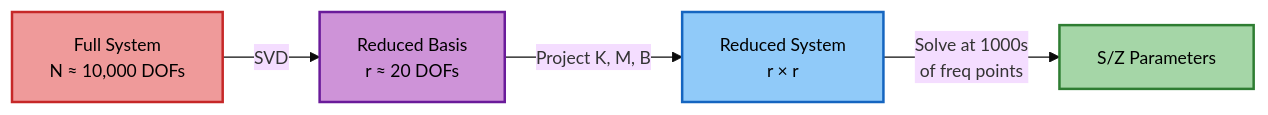
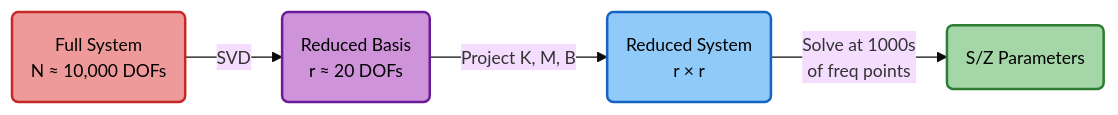
One commit to Dark-Elektron/cavsim3d changed the first of 3 diagrams in docs/theory.md. Above: the diagram before and after it, drawn with Mermaid. The commit also changed other lines of this file and 1 other file, not shown here.

````diff
--- a/docs/theory.md
+++ b/docs/theory.md
@@ -287,11 +287,11 @@
 ```mermaid
 %%{init: {'theme': 'base', 'themeVariables': {'fontSize': '14px'}}}%%
 graph LR
-    A["Full System<br/>N ≈ 10,000 DOFs"]:::full -->|"SVD"| B["Reduced Basis<br/>r ≈ 20 DOFs"]:::basis
-    B -->|"Project K, M, B"| C["Reduced System<br/>r × r"]:::reduced
-    C -->|"Solve at 1000s<br/>of freq points"| D["S/Z Parameters"]:::result
+    A("Full System<br/>N ≈ 10,000 DOFs"):::full -->|"SVD"| B("Reduced Basis<br/>r ≈ 20 DOFs"):::basis
+    B -->|"Project K, M, B"| C("Reduced System<br/>r × r"):::reduced
+    C -->|"Solve at 1000s<br/>of freq points"| D("S/Z Parameters"):::result
     classDef full fill:#ef9a9a,stroke:#c62828,stroke-width:2px,color:#000
     classDef basis fill:#ce93d8,stroke:#6a1b9a,stroke-width:2px,color:#000
     classDef reduced fill:#90caf9,stroke:#1565c0,stroke-width:2px,color:#000
     classDef result fill:#a5d6a7,stroke:#2e7d32,stroke-width:2px,color:#000
 ```
````
